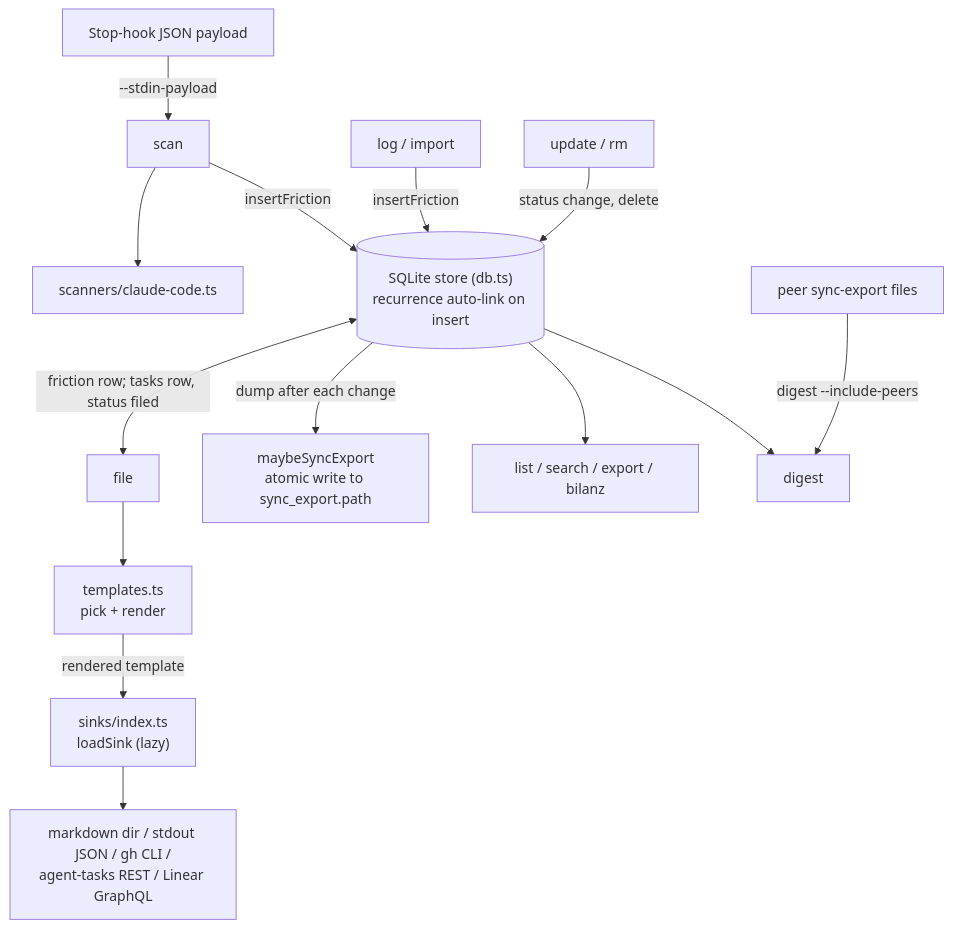
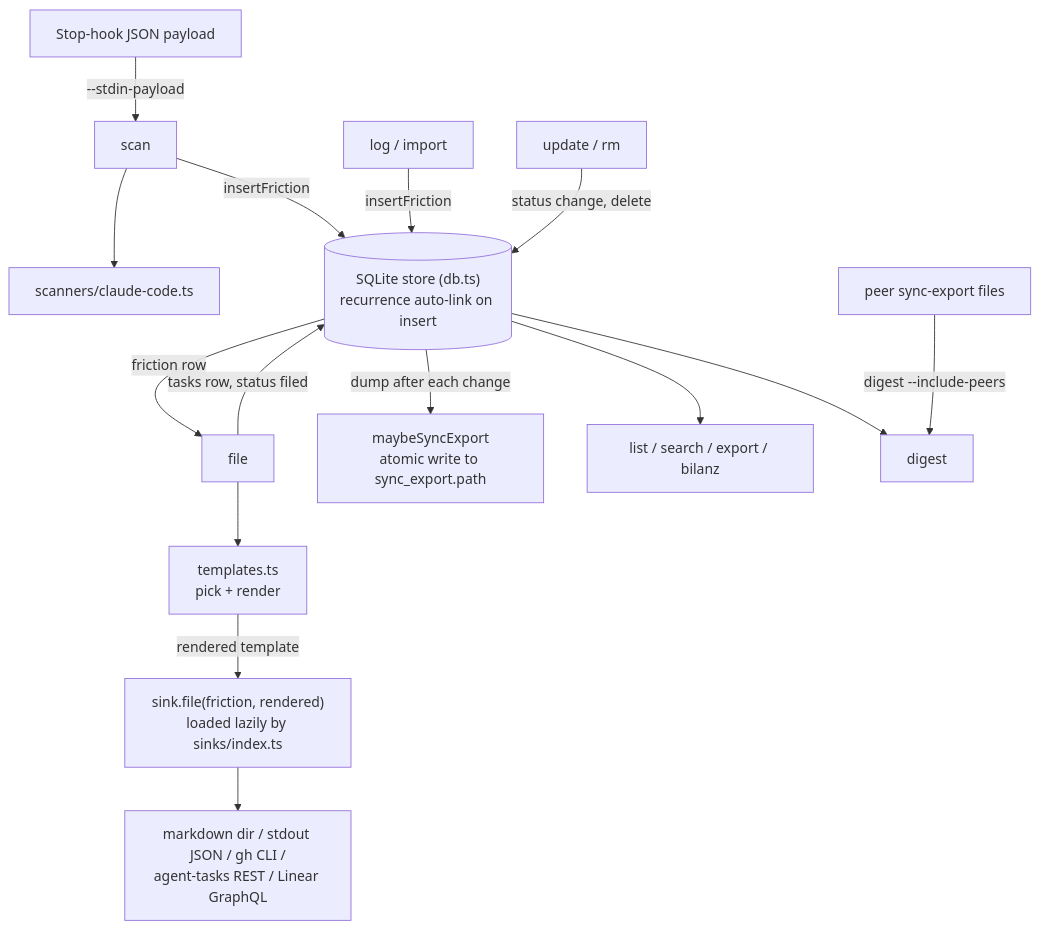
One commit to LanNguyenSi/agent-dx changed the diagram in packages/friction-log/docs/design.md. Above: the diagram before and after it, drawn with Mermaid. The commit also changed 3 other files, not shown here.

First line of the commit message:
docs(slop-detector,friction-log): sharpen release status, index and diagrams

````diff
--- a/packages/friction-log/docs/design.md
+++ b/packages/friction-log/docs/design.md
@@ -19,16 +19,17 @@
 ```mermaid
 flowchart TD
     HOOK["Stop-hook JSON payload"] -->|"--stdin-payload"| SCAN["scan"]
     SCAN --> SCN["scanners/claude-code.ts"]
     SCAN -->|"insertFriction"| DB[("SQLite store (db.ts)<br/>recurrence auto-link on insert")]
     LI["log / import"] -->|"insertFriction"| DB
     UR["update / rm"] -->|"status change, delete"| DB
-    DB <-->|"friction row; tasks row, status filed"| FILE["file"]
+    DB -->|"friction row"| FILE["file"]
+    FILE -->|"tasks row, status filed"| DB
     FILE --> TPL["templates.ts<br/>pick + render"]
-    TPL -->|"rendered template"| SINK["sinks/index.ts<br/>loadSink (lazy)"]
+    TPL -->|"rendered template"| SINK["sink.file(friction, rendered)<br/>loaded lazily by sinks/index.ts"]
     SINK --> EXT["markdown dir / stdout JSON / gh CLI /<br/>agent-tasks REST / Linear GraphQL"]
     DB -->|"dump after each change"| SX["maybeSyncExport<br/>atomic write to sync_export.path"]
     DB --> READ["list / search / export / bilanz"]
     DB --> DIG["digest"]
     PEER["peer sync-export files"] -->|"digest --include-peers"| DIG
 ```
````
